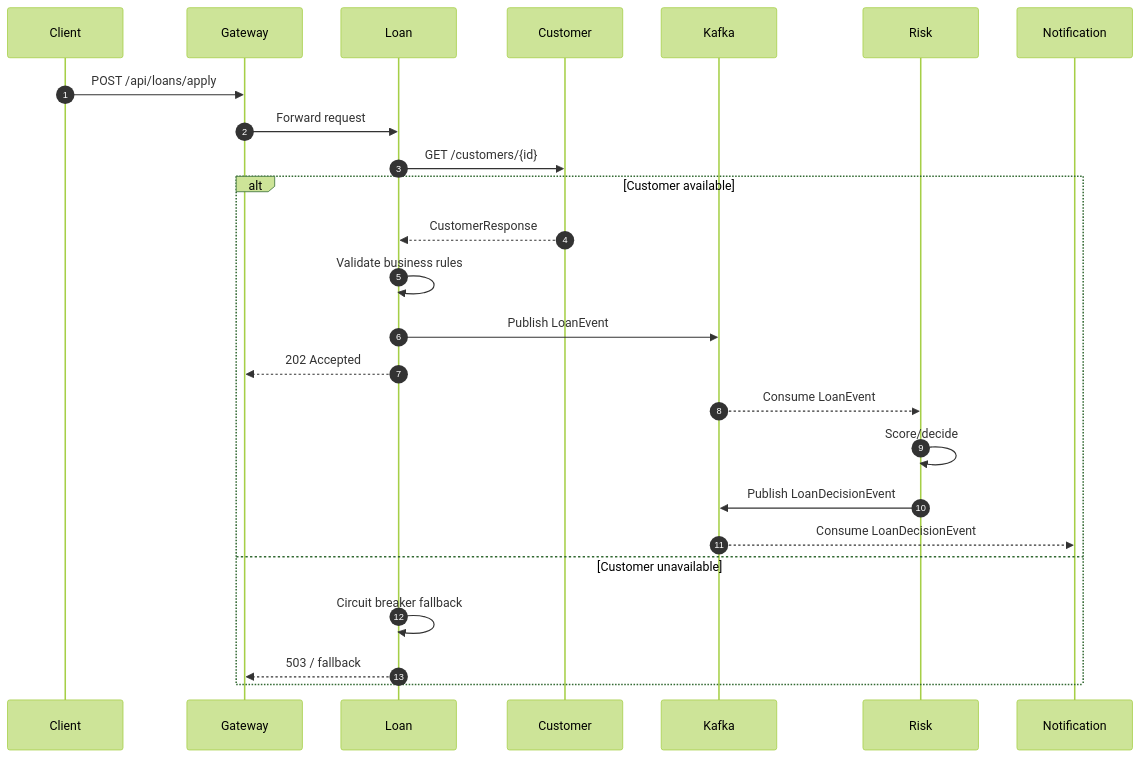
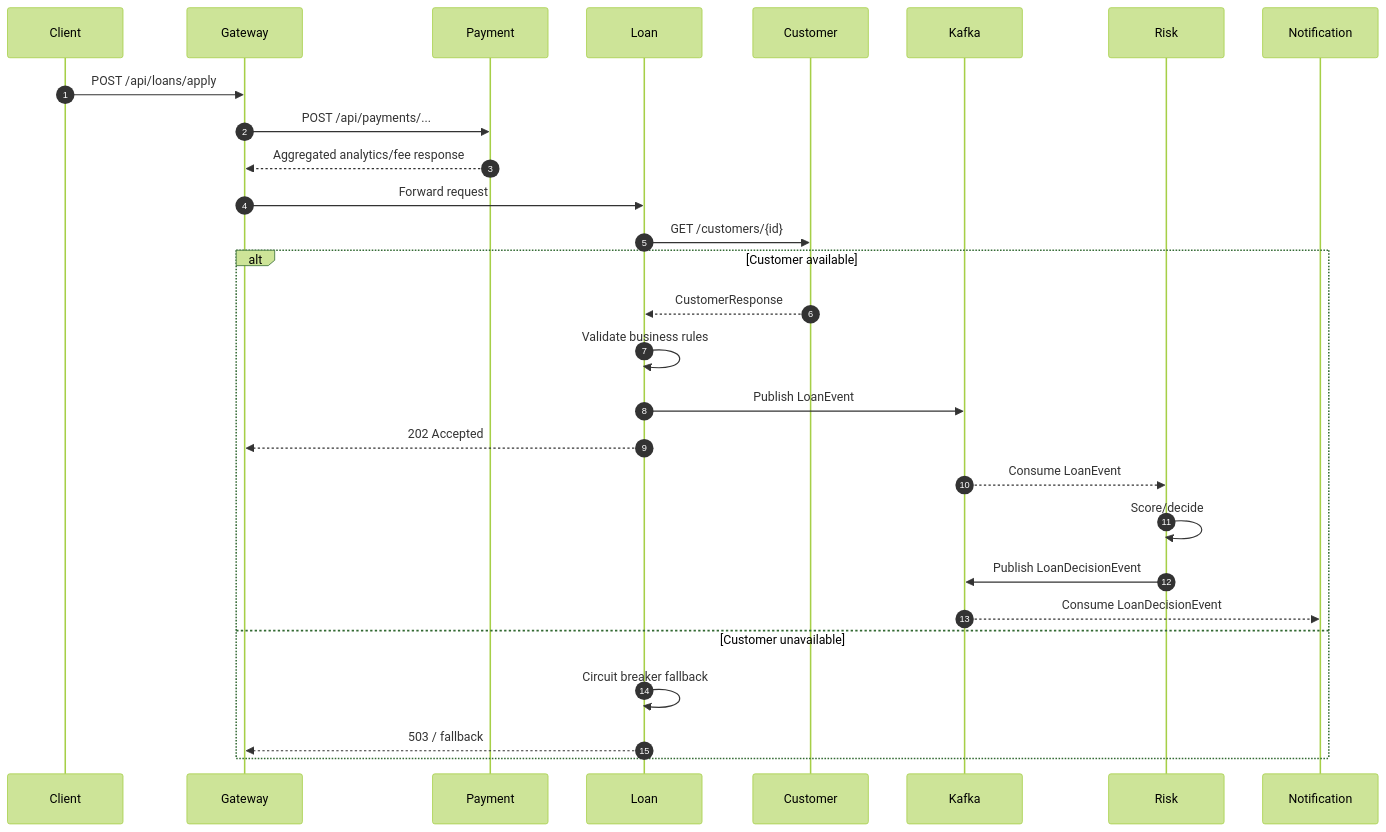
One commit to kimchinuk/banking-reactive-platform changed the second of 2 diagrams in docs/architecture.md. Above: the diagram before and after it, drawn with Mermaid (forest theme). The commit also changed other lines of this file and 64 other files, not shown here.

````diff
--- a/docs/architecture.md
+++ b/docs/architecture.md
@@ -32,28 +35,31 @@
 ```mermaid
 sequenceDiagram
     autonumber
     participant Client
     participant Gateway
+    participant Payment
     participant Loan
     participant Customer
     participant Kafka
     participant Risk
     participant Notification
 
     Client->>Gateway: POST /api/loans/apply
+    Gateway->>Payment: POST /api/payments/...
+    Payment-->>Gateway: Aggregated analytics/fee response
     Gateway->>Loan: Forward request
     Loan->>Customer: GET /customers/{id}
     alt Customer available
         Customer-->>Loan: CustomerResponse
         Loan->>Loan: Validate business rules
         Loan->>Kafka: Publish LoanEvent
         Loan-->>Gateway: 202 Accepted
         Kafka-->>Risk: Consume LoanEvent
         Risk->>Risk: Score/decide
         Risk->>Kafka: Publish LoanDecisionEvent
         Kafka-->>Notification: Consume LoanDecisionEvent
     else Customer unavailable
         Loan->>Loan: Circuit breaker fallback
         Loan-->>Gateway: 503 / fallback
     end
 ```
````
